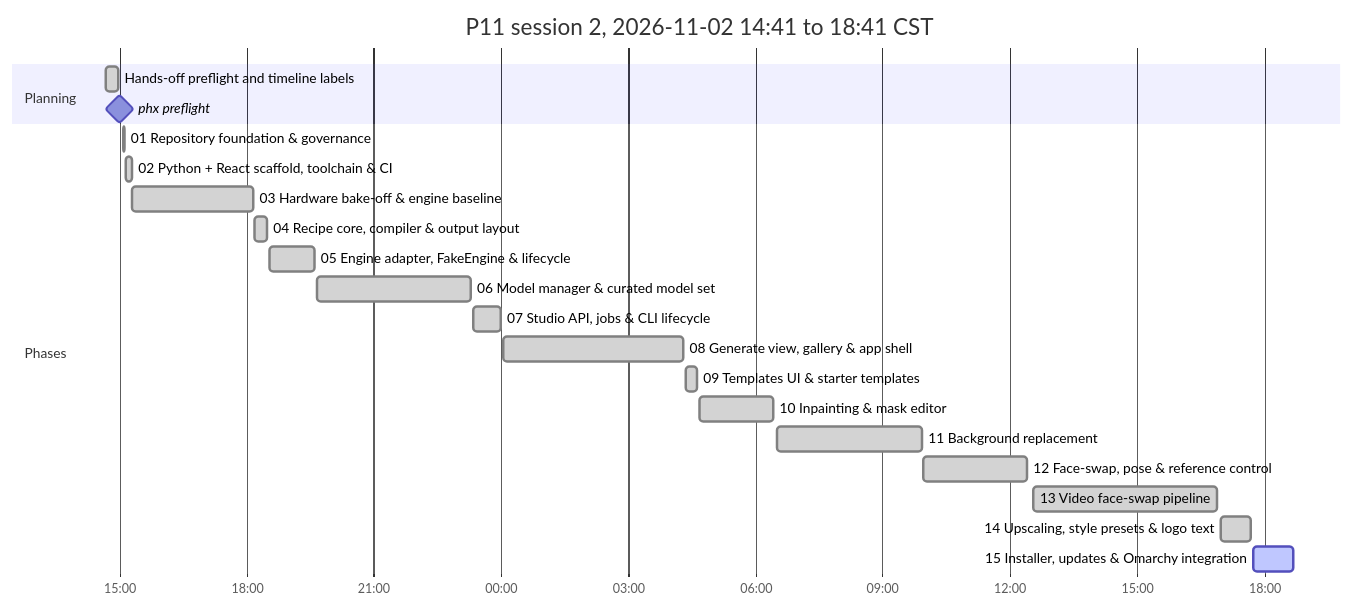
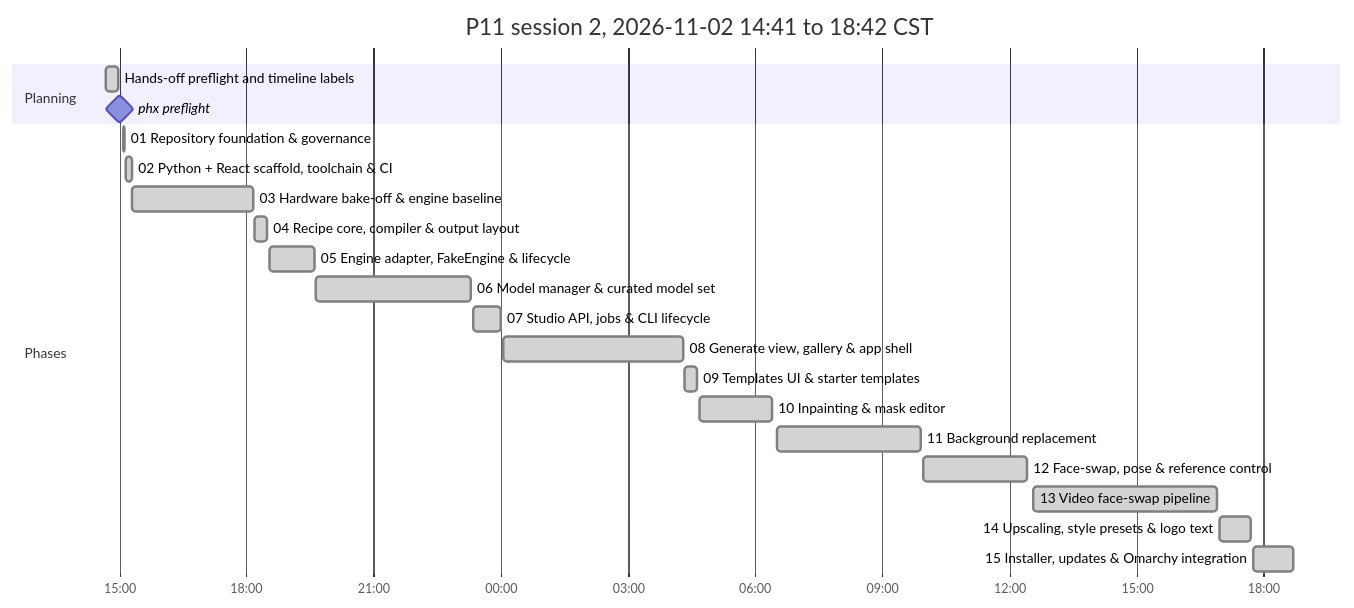
The second of 2 diagrams in P11_IMPLEMENTATION_PLAN.md (antonizick/project1111), drawn with Mermaid before and after one commit. The commit also changed other lines of this file and 3 other files, not shown here.

Commit message:
docs(plan): refresh timeline

````diff
--- a/P11_IMPLEMENTATION_PLAN.md
+++ b/P11_IMPLEMENTATION_PLAN.md
@@ -74,25 +74,25 @@
 ```mermaid
 gantt
-    title P11 session 2, 2026-11-02 14:41 to 18:41 CST
+    title P11 session 2, 2026-11-02 14:41 to 18:42 CST
     dateFormat YYYY-MM-DD HH:mm
     axisFormat %H:%M
     section Planning
     Hands-off preflight and timeline labels :done, plan3, 2026-11-02 14:41, 2026-11-02 14:59
     phx preflight :milestone, pf13ee0d5, 2026-11-02 15:00, 0m
     section Phases
     01 Repository foundation & governance :done, p01s2, 2026-11-02 15:05, 2026-11-02 15:08
     02 Python + React scaffold, toolchain & CI :done, p02s2, 2026-11-02 15:09, 2026-11-02 15:18
     03 Hardware bake-off & engine baseline :done, p03s2, 2026-11-02 15:19, 2026-11-02 18:10
     04 Recipe core, compiler & output layout :done, p04s2, 2026-11-02 18:12, 2026-11-02 18:30
     05 Engine adapter, FakeEngine & lifecycle :done, p05s2, 2026-11-02 18:32, 2026-11-02 19:37
     06 Model manager & curated model set :done, p06s2, 2026-11-02 19:39, 2026-11-02 23:18
     07 Studio API, jobs & CLI lifecycle :done, p07s2, 2026-11-02 23:21, 2026-11-03 00:00
     08 Generate view, gallery & app shell :done, p08s2, 2026-11-03 00:03, 2026-11-03 04:18
     09 Templates UI & starter templates :done, p09s2, 2026-11-03 04:21, 2026-11-03 04:38
     10 Inpainting & mask editor :done, p10s2, 2026-11-03 04:41, 2026-11-03 06:25
     11 Background replacement :done, p11s2, 2026-11-03 06:31, 2026-11-03 09:55
     12 Face-swap, pose & reference control :done, p12s2, 2026-11-03 09:58, 2026-11-03 12:25
     13 Video face-swap pipeline :done, p13s2, 2026-11-03 12:34, 2026-11-03 16:54
     14 Upscaling, style presets & logo text :done, p14s2, 2026-11-03 16:58, 2026-11-03 17:41
-    15 Installer, updates & Omarchy integration :active, p15s2, 2026-11-03 17:45, 2026-11-03 18:41
+    15 Installer, updates & Omarchy integration :done, p15s2, 2026-11-03 17:45, 2026-11-03 18:42
 ```
````
